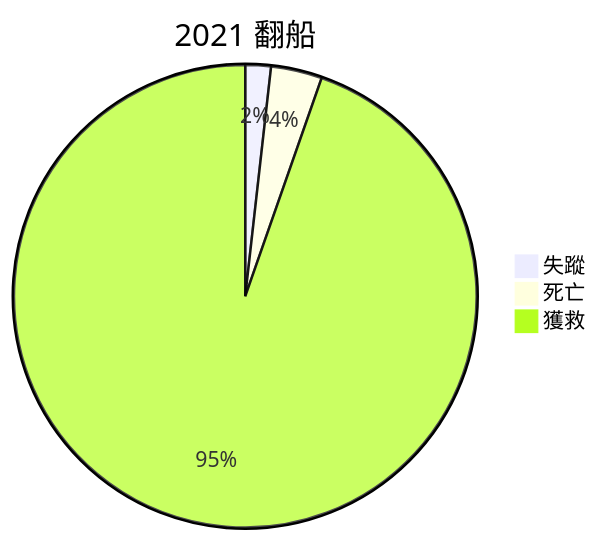
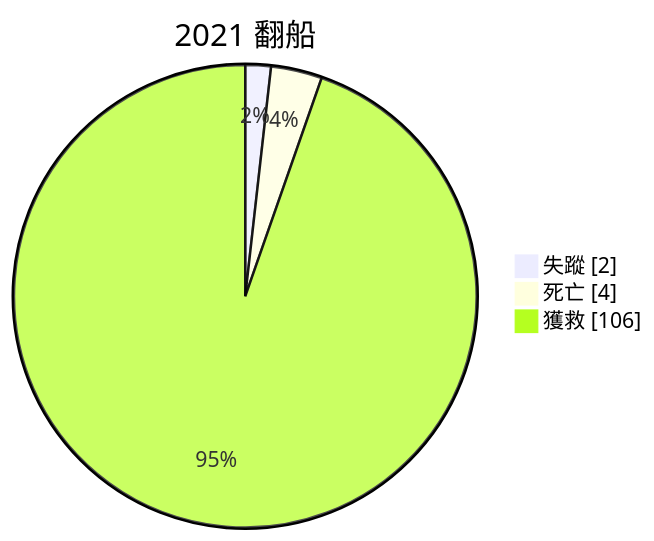
Before and after one commit to gasolin/blog: the fourth of 6 diagrams in blog/life/2021-water-rescue.md, drawn with Mermaid. The commit also changed other lines of this file, not shown here.

Commit message:
improve chart

````diff
--- a/blog/life/2021-water-rescue.md
+++ b/blog/life/2021-water-rescue.md
@@ -75,6 +75,6 @@
 ```mermaid
-pie title 2021 翻船
+pie showData title 2021 翻船
   "失蹤":	2
 	"死亡":	4
 	"獲救":	106
 ```
````
